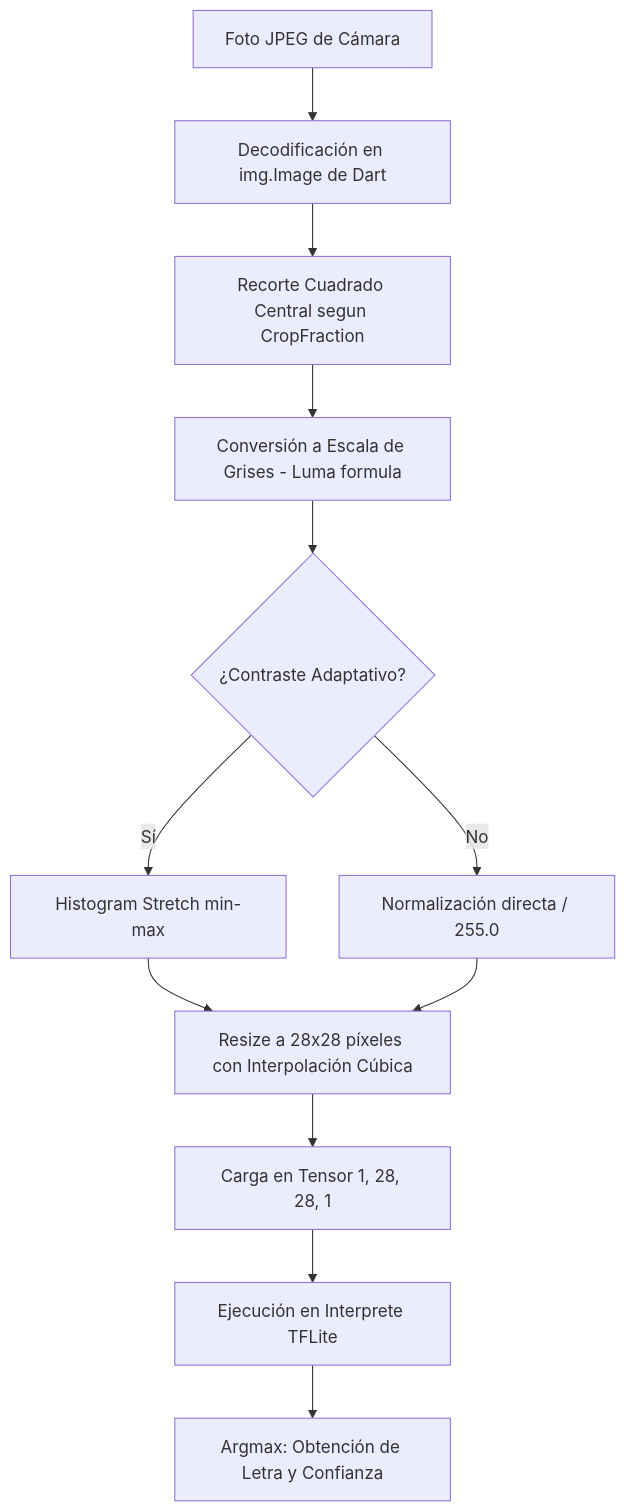
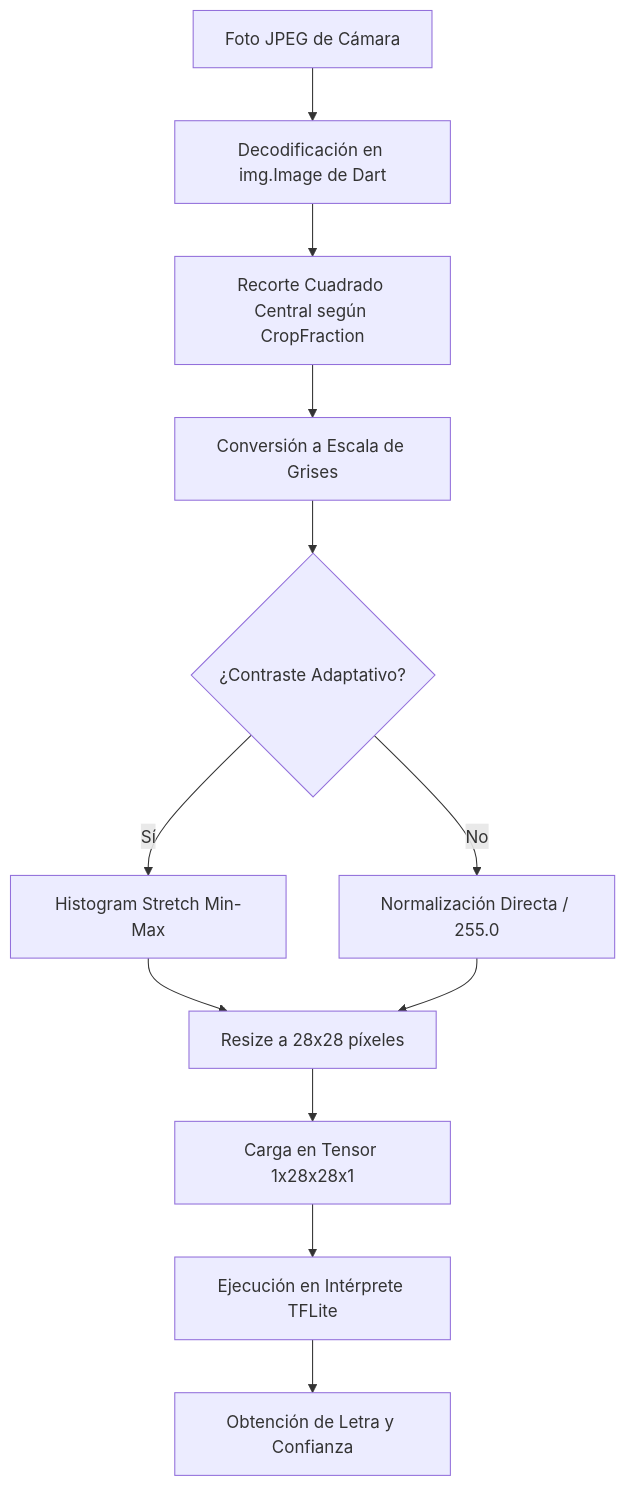
Before and after one commit to blauerwolf/ia-grupo-5-2026-android-app: the diagram in README.md, drawn with Mermaid. The commit also changed other lines of this file, not shown here.

````diff
--- a/README.md
+++ b/README.md
@@ -33,14 +34,14 @@
 ```mermaid
 graph TD
     A[Foto JPEG de Cámara] --> B[Decodificación en img.Image de Dart]
-    B --> C[Recorte Cuadrado Central segun CropFraction]
-    C --> D[Conversión a Escala de Grises - Luma formula]
+    B --> C[Recorte Cuadrado Central según CropFraction]
+    C --> D[Conversión a Escala de Grises]
     D --> E{¿Contraste Adaptativo?}
-    E -- Sí --> F[Histogram Stretch min-max]
-    E -- No --> G[Normalización directa / 255.0]
-    F --> H[Resize a 28x28 píxeles con Interpolación Cúbica]
+    E -- Sí --> F[Histogram Stretch Min-Max]
+    E -- No --> G[Normalización Directa / 255.0]
+    F --> H[Resize a 28x28 píxeles]
     G --> H
-    H --> I[Carga en Tensor 1, 28, 28, 1]
-    I --> J[Ejecución en Interprete TFLite]
-    J --> K[Argmax: Obtención de Letra y Confianza]
+    H --> I[Carga en Tensor 1x28x28x1]
+    I --> J[Ejecución en Intérprete TFLite]
+    J --> K[Obtención de Letra y Confianza]
 ```
````
